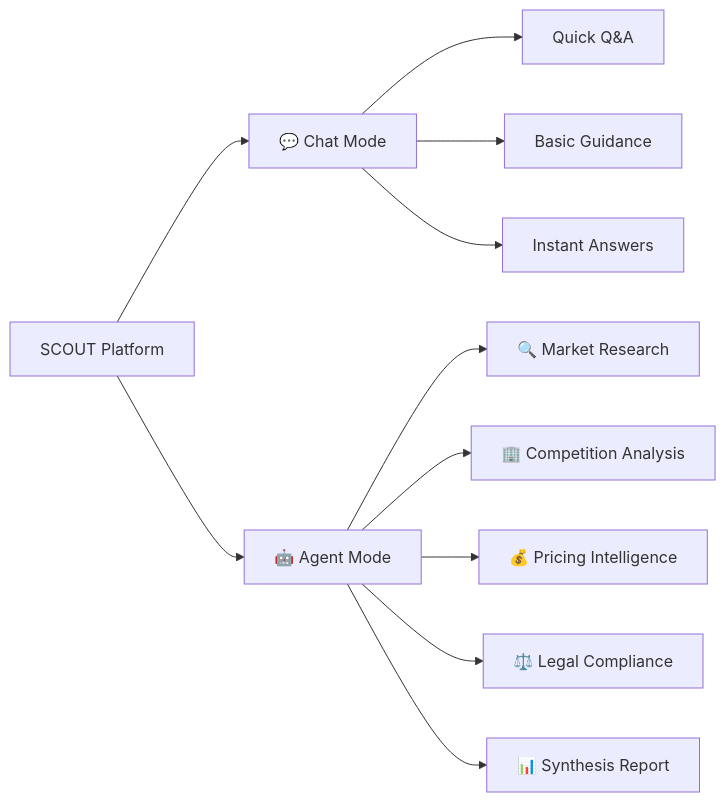
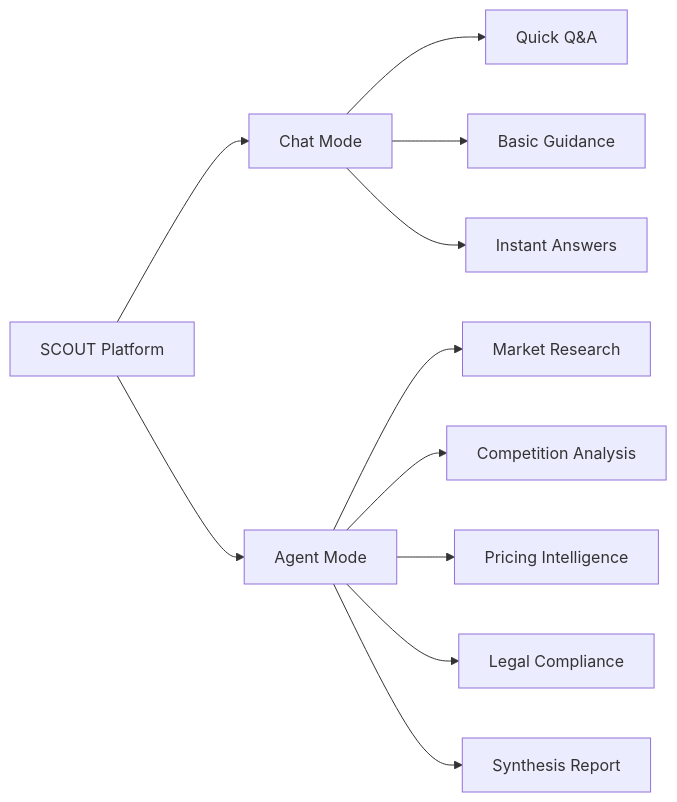
One commit to victorbash400/scout changed the first of 3 diagrams in README.md. Above: the diagram before and after it, drawn with Mermaid. The commit also changed other lines of this file and 1 other file, not shown here.

````diff
--- a/README.md
+++ b/README.md
@@ -34,15 +33,15 @@
 ```mermaid
 graph LR
-    A[SCOUT Platform] --> B[💬 Chat Mode]
-    A --> C[🤖 Agent Mode]
+    A[SCOUT Platform] --> B[Chat Mode]
+    A --> C[Agent Mode]
     
     B --> D[Quick Q&A]
     B --> E[Basic Guidance]
     B --> F[Instant Answers]
     
-    C --> G[🔍 Market Research]
-    C --> H[🏢 Competition Analysis]
-    C --> I[💰 Pricing Intelligence]
-    C --> J[⚖️ Legal Compliance]
-    C --> K[📊 Synthesis Report]
+    C --> G[Market Research]
+    C --> H[Competition Analysis]
+    C --> I[Pricing Intelligence]
+    C --> J[Legal Compliance]
+    C --> K[Synthesis Report]
 ```
````
